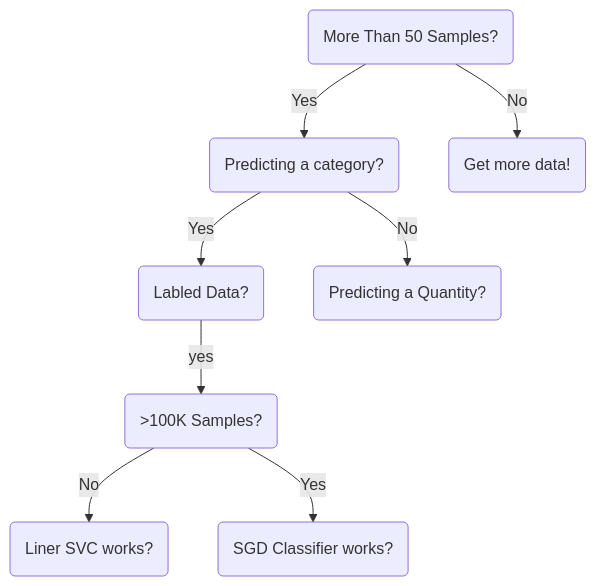
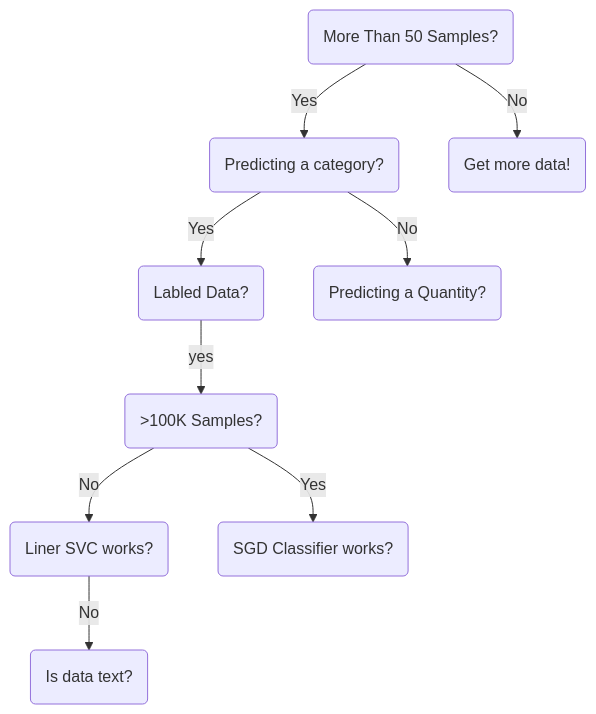
Before and after one commit to hwetsman/Public_Notes: the diagram in ML_Cheatsheet.md, drawn with Mermaid.

````diff
--- a/ML_Cheatsheet.md
+++ b/ML_Cheatsheet.md
@@ -1,22 +1,24 @@
 ```mermaid
 flowchart TD
 id1(More Than 50 Samples?)
   id2(Predicting a category?)
     id1-->|Yes|id2
     id4(Labled Data?)
       id2-->|Yes|id4
       id6(>100K Samples?)
         id4-->|yes|id6
         id7(Liner SVC works?)
         id6-->|No|id7
         id8(SGD Classifier works?)
         id6-->|Yes|id8
+          id9(Is data text?)
+          id7-->|No|id9
     id5(Predicting a Quantity?)
       id2-->|No|id5
 
 
   id3(Get more data!)
     id1-->|No|id3
   
   
 ```
````
